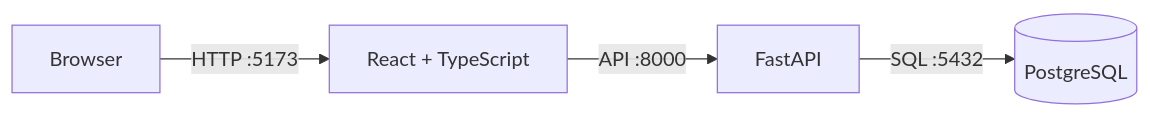
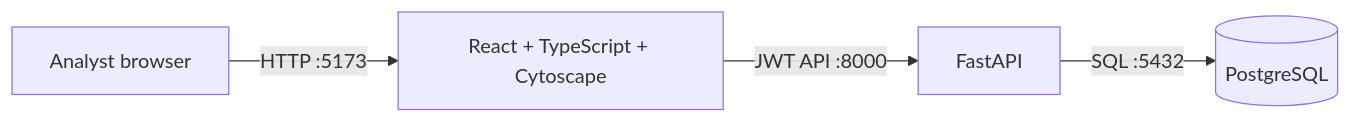
The first of 3 diagrams in docs/architecture.md (pranayreddy-08/major-project), drawn with Mermaid before and after one commit. The commit also changed other lines of this file and 34 other files, not shown here.

````diff
--- a/docs/architecture.md
+++ b/docs/architecture.md
@@ -5,6 +5,6 @@
 ```mermaid
 flowchart LR
-    Browser[Browser] -->|HTTP :5173| Frontend[React + TypeScript]
-    Frontend -->|API :8000| Backend[FastAPI]
+    Browser[Analyst browser] -->|HTTP :5173| Frontend[React + TypeScript + Cytoscape]
+    Frontend -->|JWT API :8000| Backend[FastAPI]
     Backend -->|SQL :5432| Database[(PostgreSQL)]
 ```
````
